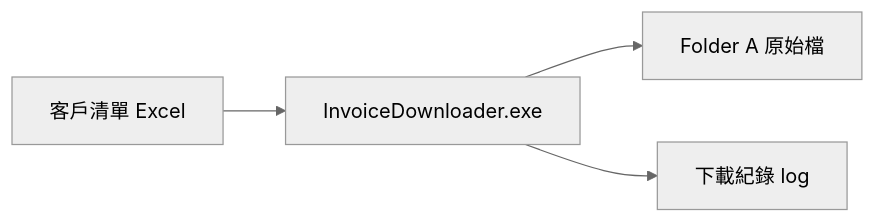
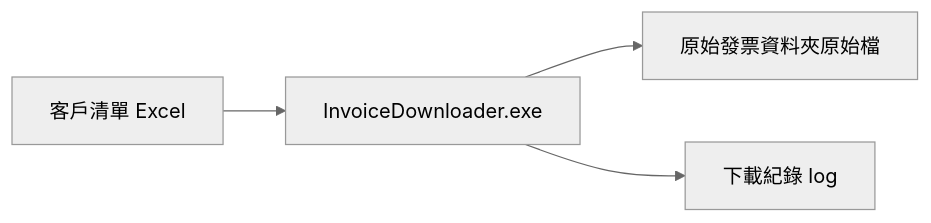
One commit to greensaga444/invoice-intelligence-assistant changed the second of 3 diagrams in README.md. Above: the diagram before and after it, drawn with Mermaid (neutral theme). The commit also changed other lines of this file and 4 other files, not shown here.

````diff
--- a/README.md
+++ b/README.md
@@ -290,6 +290,6 @@
 ```mermaid
 flowchart LR
 		A[客戶清單 Excel] --> B[InvoiceDownloader.exe]
-		B --> C[Folder A 原始檔]
+		B --> C[原始發票資料夾原始檔]
 		B --> D[下載紀錄 log]
 ```
````
